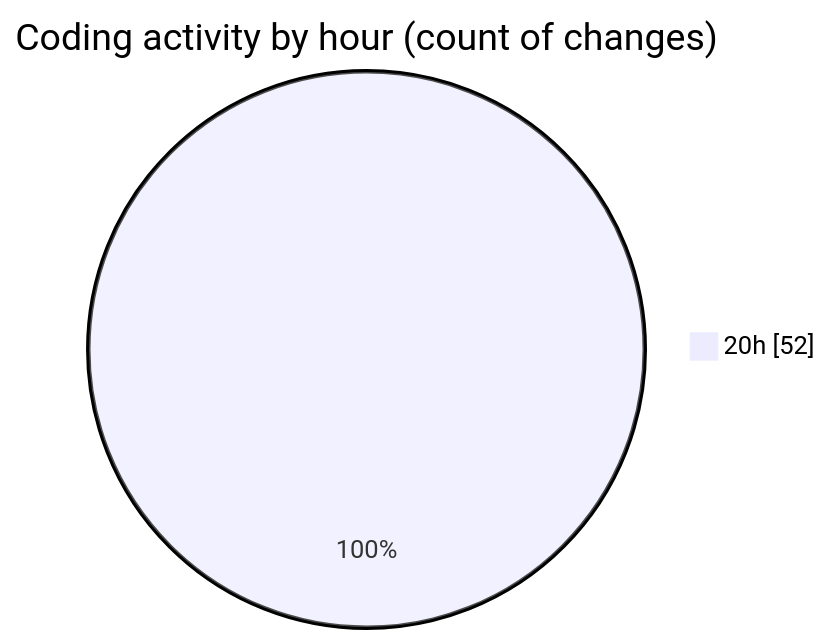
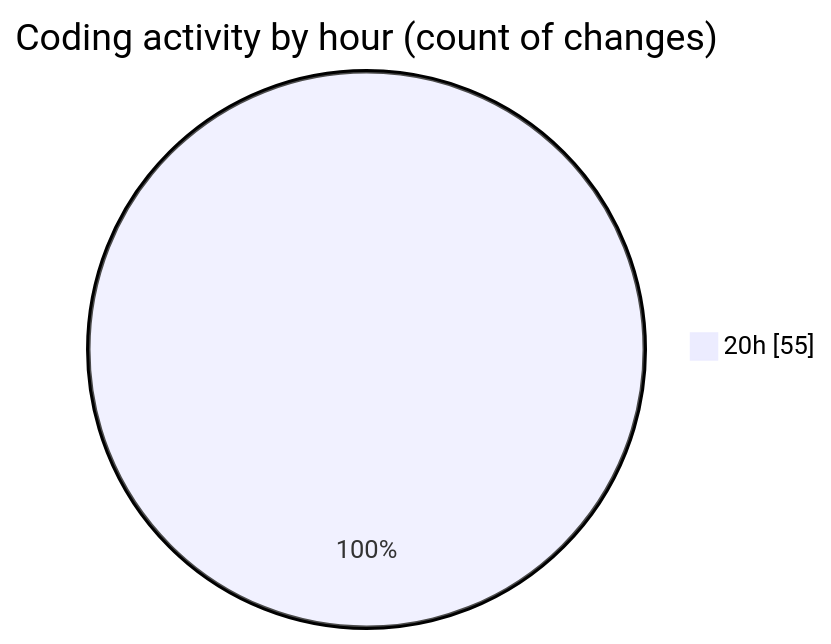
The second of 2 diagrams in 2025-09-01/20m/README.md (lephambinh05/code-tracking), drawn with Mermaid before and after one commit. The commit also changed other lines of this file and 1 other file, not shown here.

````diff
--- a/2025-09-01/20m/README.md
+++ b/2025-09-01/20m/README.md
@@ -56,5 +56,5 @@
 ```mermaid
 pie showData
 title Coding activity by hour (count of changes)
-"20h" : 52
+"20h" : 55
 ```
````
